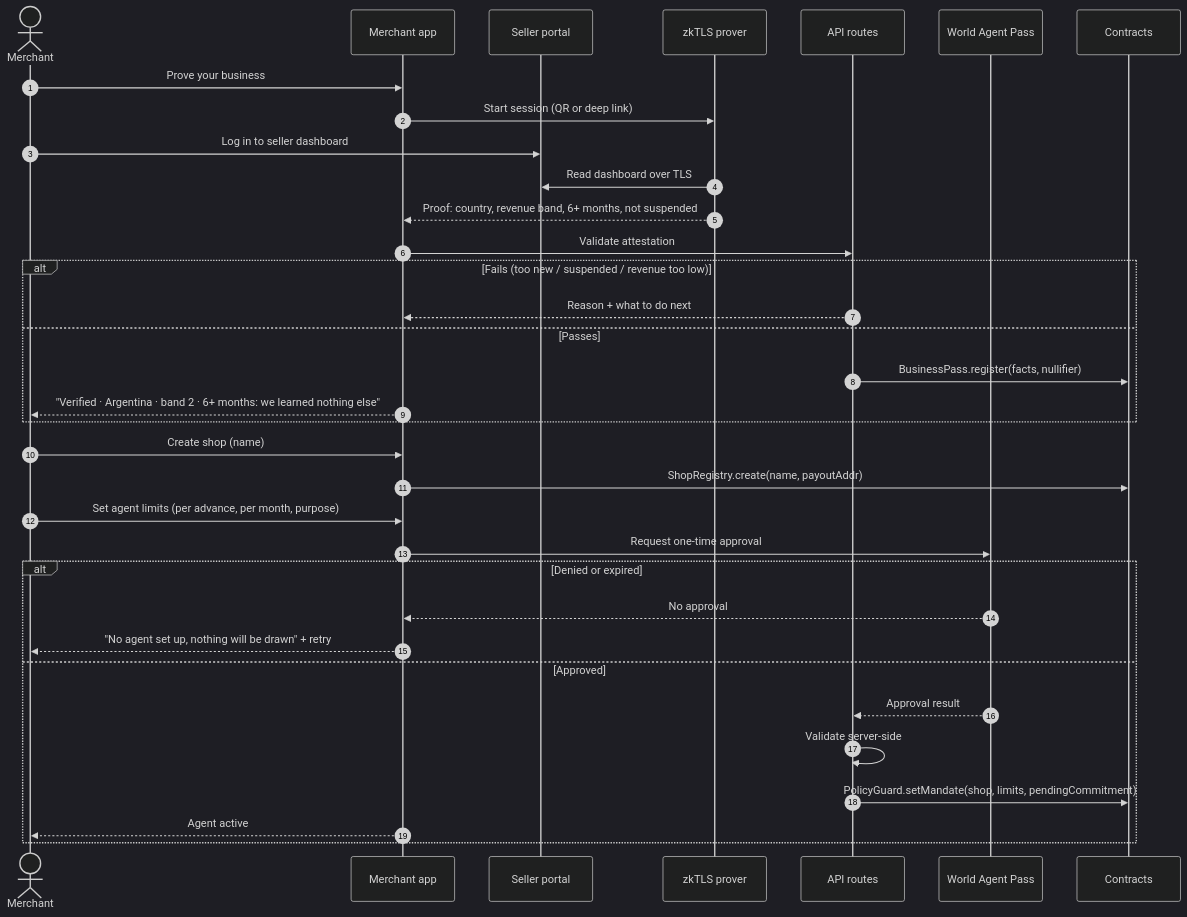
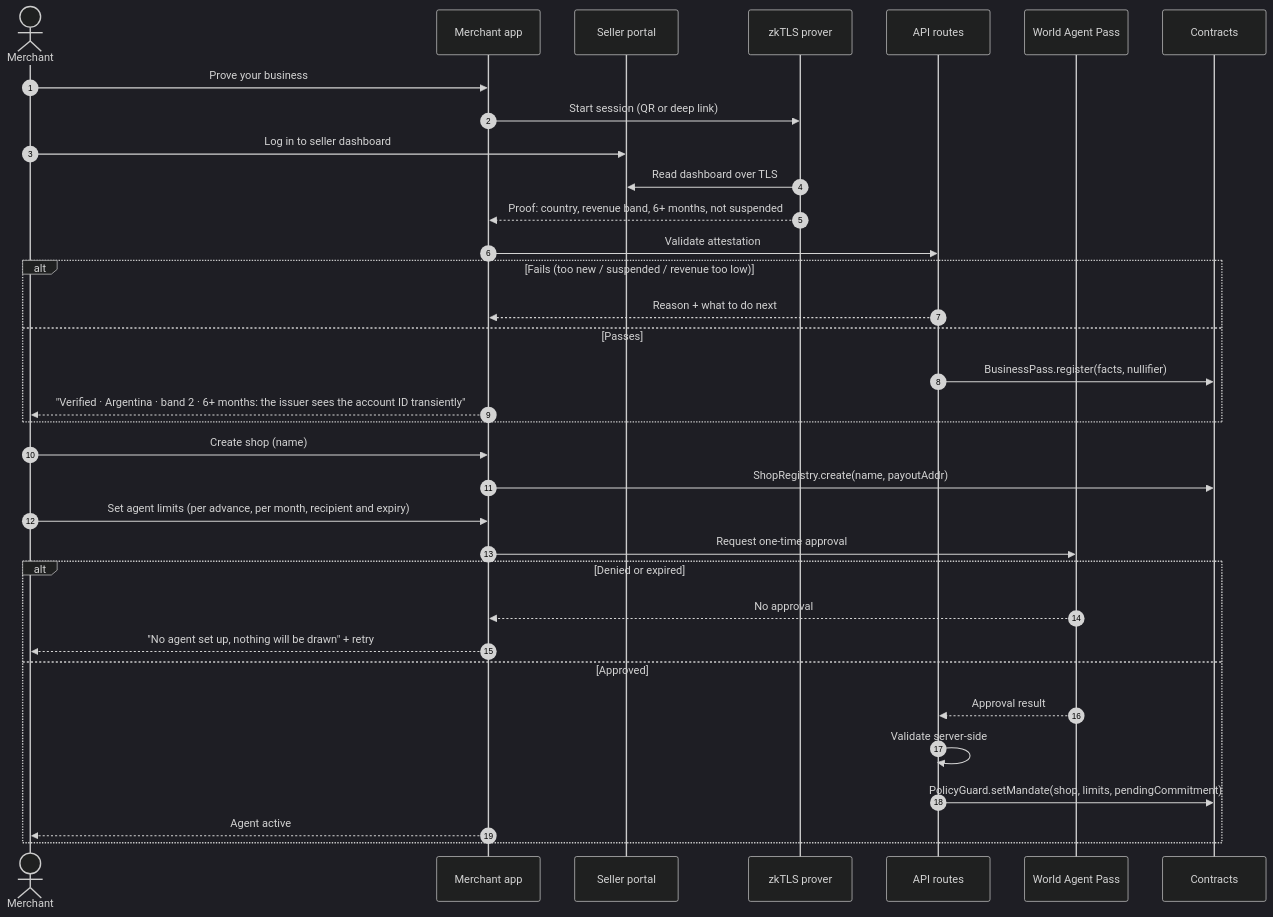
Before and after one commit to e-l-l/ETHGlobal-main-2026: the second of 3 diagrams in anay-docs/architecture.md, drawn with Mermaid (dark theme). The commit also changed other lines of this file and 28 other files, not shown here.

````diff
--- a/anay-docs/architecture.md
+++ b/anay-docs/architecture.md
@@ -70,37 +70,37 @@
 ```mermaid
 sequenceDiagram
   autonumber
   actor M as Merchant
   participant App as Merchant app
   participant SP as Seller portal
   participant Z as zkTLS prover
   participant API as API routes
   participant W as World Agent Pass
   participant C as Contracts
 
   M->>App: Prove your business
   App->>Z: Start session (QR or deep link)
   M->>SP: Log in to seller dashboard
   Z->>SP: Read dashboard over TLS
   Z-->>App: Proof: country, revenue band, 6+ months, not suspended
   App->>API: Validate attestation
   alt Fails (too new / suspended / revenue too low)
     API-->>App: Reason + what to do next
   else Passes
     API->>C: BusinessPass.register(facts, nullifier)
-    App-->>M: "Verified · Argentina · band 2 · 6+ months: we learned nothing else"
+    App-->>M: "Verified · Argentina · band 2 · 6+ months: the issuer sees the account ID transiently"
   end
   M->>App: Create shop (name)
   App->>C: ShopRegistry.create(name, payoutAddr)
-  M->>App: Set agent limits (per advance, per month, purpose)
+  M->>App: Set agent limits (per advance, per month, recipient and expiry)
   App->>W: Request one-time approval
   alt Denied or expired
     W-->>App: No approval
     App-->>M: "No agent set up, nothing will be drawn" + retry
   else Approved
     W-->>API: Approval result
     API->>API: Validate server-side
     API->>C: PolicyGuard.setMandate(shop, limits, pendingCommitment)
     App-->>M: Agent active
   end
 ```
````
